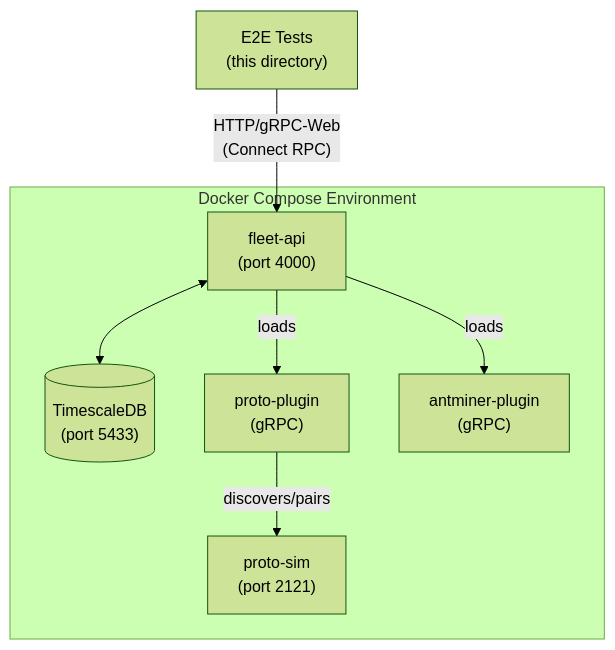
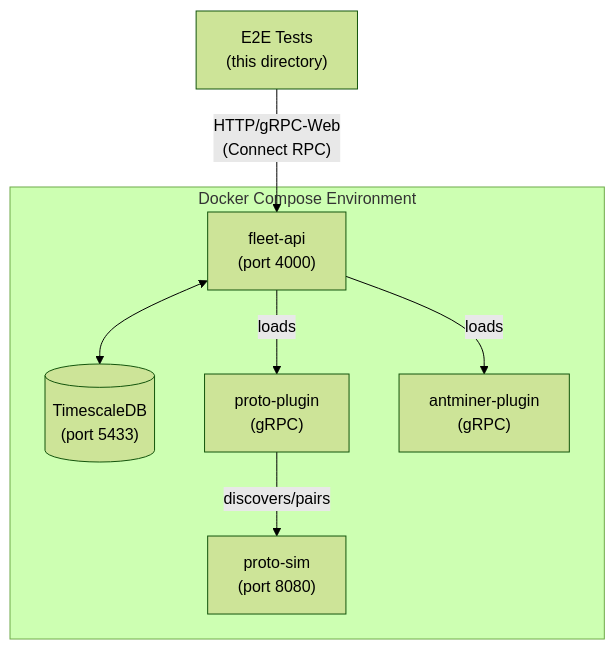
The diagram in server/e2e/README.md (block/proto-fleet), drawn with Mermaid (forest theme) before and after one commit. The commit also changed other lines of this file and 190 other files, not shown here.

````diff
--- a/server/e2e/README.md
+++ b/server/e2e/README.md
@@ -28,18 +28,18 @@
 ```mermaid
 flowchart TB
     subgraph docker["Docker Compose Environment"]
         fleet["fleet-api<br/>(port 4000)"]
         db[("TimescaleDB<br/>(port 5433)")]
         proto-plugin["proto-plugin<br/>(gRPC)"]
         antminer-plugin["antminer-plugin<br/>(gRPC)"]
-        proto-sim["proto-sim<br/>(port 2121)"]
+        proto-sim["proto-sim<br/>(port 8080)"]
 
         fleet <--> db
         fleet -- loads --> proto-plugin
         fleet -- loads --> antminer-plugin
         proto-plugin -- discovers/pairs --> proto-sim
     end
 
     tests["E2E Tests<br/>(this directory)"]
     tests -- "HTTP/gRPC-Web<br/>(Connect RPC)" --> fleet
 ```
````
